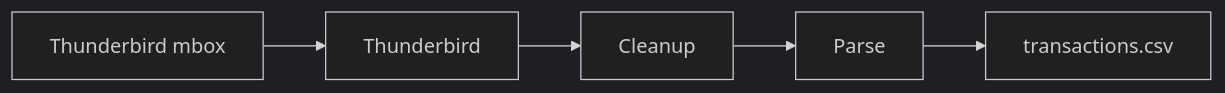
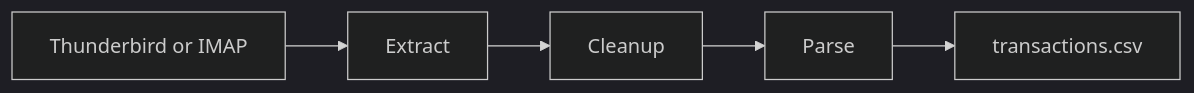
One commit to financial-footprints/NetworthCSV changed the first of 2 diagrams in README.md. Above: the diagram before and after it, drawn with Mermaid (dark theme). The commit also changed other lines of this file and 45 other files, not shown here.

Commit message:
feat(source): Add email IMAP as source

````diff
--- a/README.md
+++ b/README.md
@@ -27,7 +29,7 @@
 ```mermaid
 flowchart LR
-    TB[Thunderbird mbox] --> Thunderbird
-    Thunderbird --> Cleanup
+    Source[Thunderbird or IMAP] --> Extract
+    Extract --> Cleanup
     Cleanup --> Parse
     Parse --> CSV[transactions.csv]
 ```
````
